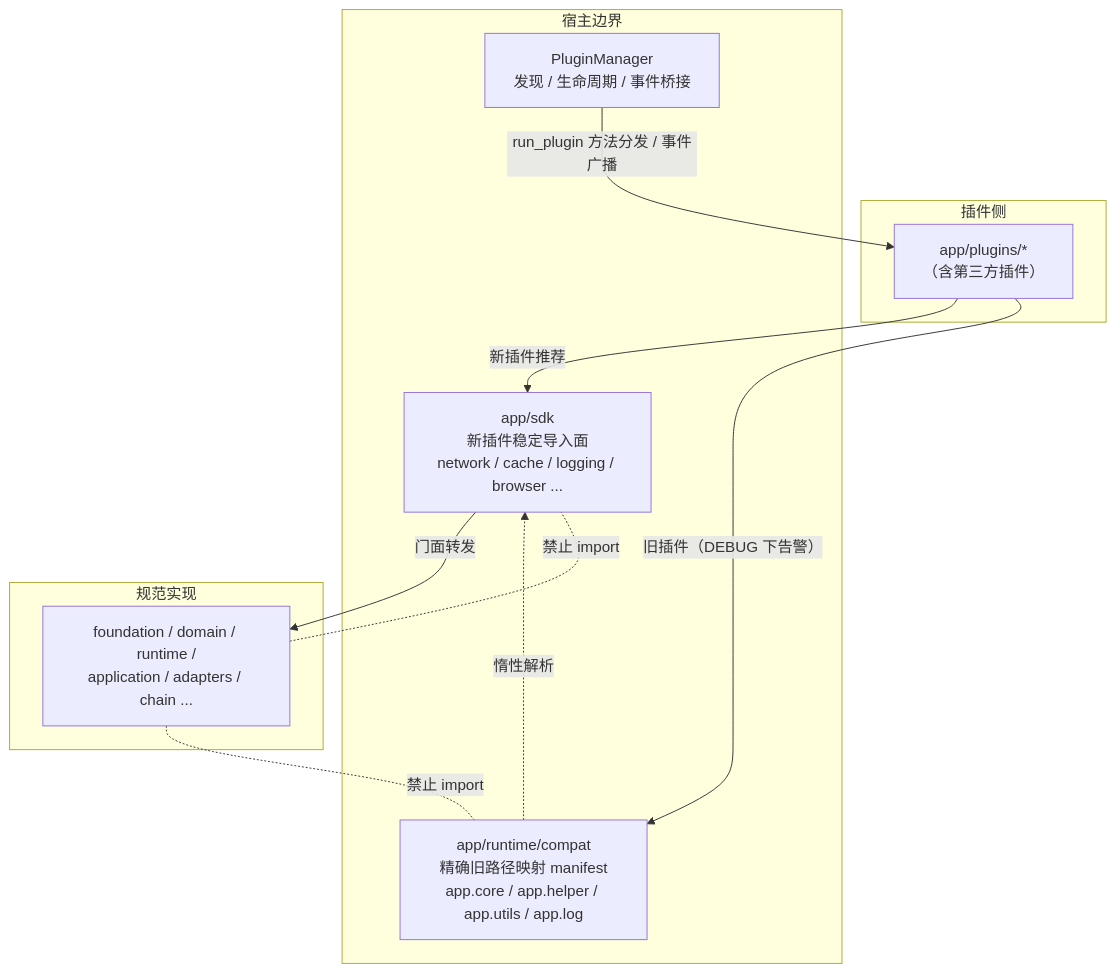
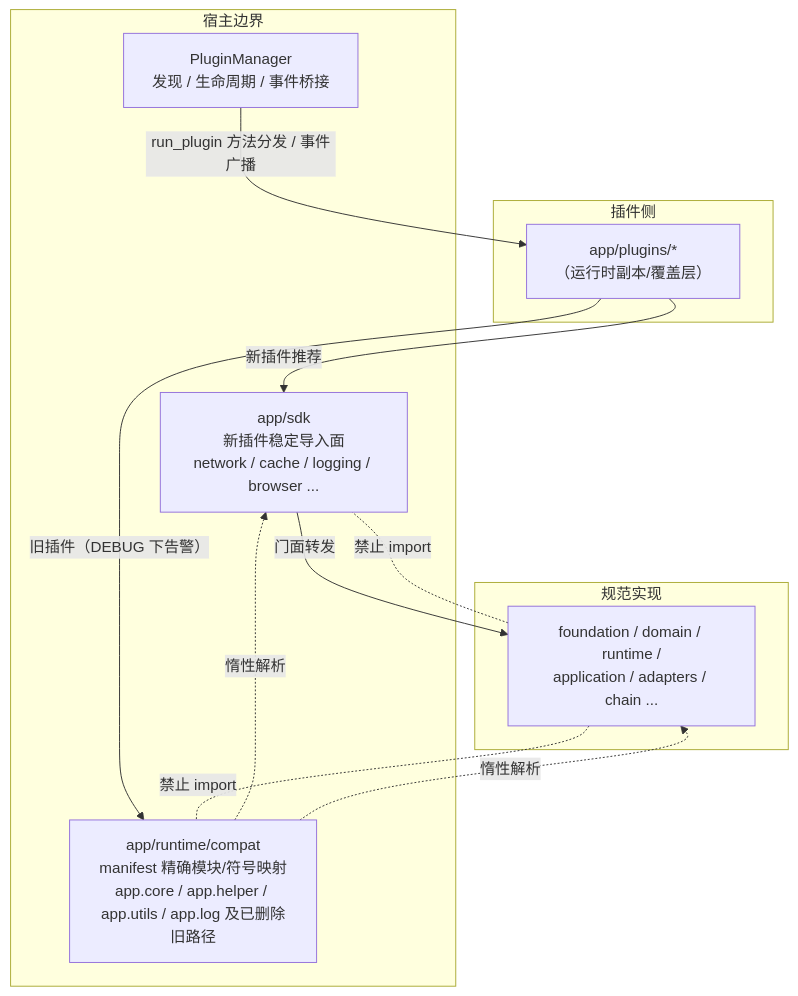
Before and after one commit to jxxghp/MoviePilot: diagram 13 of 14 in docs/architecture-overview.md, drawn with Mermaid. The commit also changed other lines of this file and 28 other files, not shown here.

````diff
--- a/docs/architecture-overview.md
+++ b/docs/architecture-overview.md
@@ -457,24 +476,25 @@
 ```mermaid
 flowchart TB
     subgraph 插件侧
-        P["app/plugins/*<br/>（含第三方插件）"]
+        P["app/plugins/*<br/>（运行时副本/覆盖层）"]
     end
 
     subgraph 宿主边界
         SDK["app/sdk<br/>新插件稳定导入面<br/>network / cache / logging / browser ..."]
-        Compat["app/runtime/compat<br/>精确旧路径映射 manifest<br/>app.core / app.helper / app.utils / app.log"]
+        Compat["app/runtime/compat<br/>manifest 精确模块/符号映射<br/>app.core / app.helper / app.utils / app.log 及已删除旧路径"]
         PM["PluginManager<br/>发现 / 生命周期 / 事件桥接"]
     end
 
     subgraph 规范实现
         Canonical["foundation / domain / runtime /<br/>application / adapters / chain ..."]
     end
 
     P -->|新插件推荐| SDK
     P -->|旧插件（DEBUG 下告警）| Compat
     SDK -->|门面转发| Canonical
     Compat -.惰性解析.-> SDK
+    Compat -.惰性解析.-> Canonical
     PM -->|run_plugin 方法分发 / 事件广播| P
     Canonical -.-|禁止 import| Compat
     Canonical -.-|禁止 import| SDK
 ```
````
